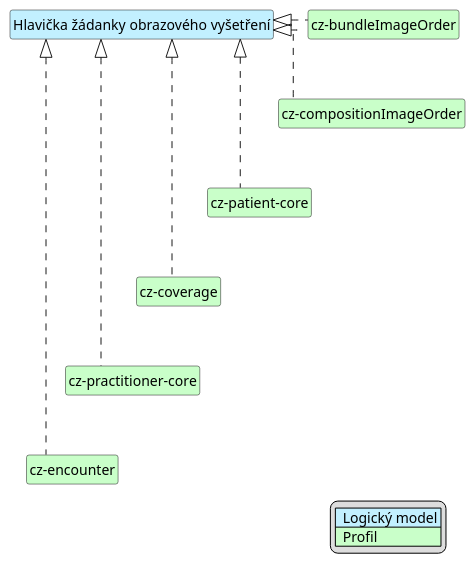
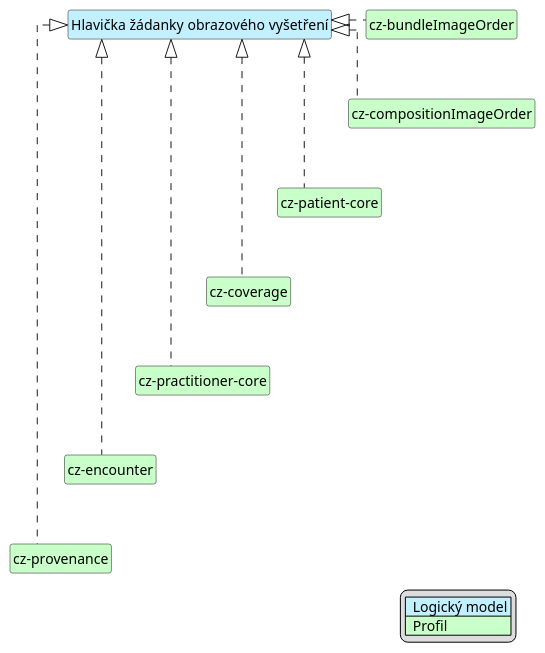
One commit to HL7-cz/img-order changed the diagram in input/images-source/imgOrderHead-map-cs.plantuml. Above: the diagram before and after it, drawn with PlantUML. The commit also changed 4 other files, not shown here.

```diff
--- a/input/images-source/imgOrderHead-map-cs.plantuml
+++ b/input/images-source/imgOrderHead-map-cs.plantuml
@@ -1,44 +1,47 @@
 @startuml
 hide circle
 hide stereotype
 hide members
 hide methods
 skinparam linetype ortho
 skinparam class {
 BackgroundColor<<LogicalModel>> #APPLICATION
 BackgroundColor<<Profile>> #TECHNOLOGY
 }
 legend right
 | <#APPLICATION>  Logický model |
 | <#TECHNOLOGY>  Profil |
 endlegend
 class "Hlavička žádanky obrazového vyšetření" <<LogicalModel>> [[StructureDefinition-HeaderImagingOrder.html]]
 
 /'
 class "Additional Recipient" <<LogicalModel>> [[StructureDefinition-AdditionalRecipientCz.html]]
 class "Author" <<LogicalModel>> [[StructureDefinition-AuthorCz.html]]
 class "Information about coverage" <<LogicalModel>> [[StructureDefinition-CoverageOrderCz.html]]
 class "Document metadata" <<LogicalModel>> [[StructureDefinition-DocumentMetadataCz.html]]
 class "Health insurance and payment information" <<LogicalModel>> [[StructureDefinition-PayerCz.html]]
 class "Requested Performer" <<LogicalModel>> [[StructureDefinition-RequestedPerformerCz.html]]
 class "Identification" <<LogicalModel>> [[StructureDefinition-SubjectCz.html]]
 class "Related contact information of the Patient/subject" <<LogicalModel>> [[StructureDefinition-SubjectCz.html]]
 '/
 class "cz-encounter" <<Profile>> [[https://hl7.cz/fhir/core/StructureDefinition-cz-encounter.html]]
 class "cz-coverage" <<Profile>> [[https://hl7.cz/fhir/core/StructureDefinition-cz-coverage.html]]
 class "cz-patient-core" <<Profile>> [[https://hl7.cz/fhir/core/StructureDefinition-cz-patient-core.html]]
 class "cz-practitioner-core" <<Profile>> [[https://hl7.cz/fhir/core/StructureDefinition-cz-practitioner-core.html]]
 class "cz-bundleImageOrder" <<Profile>> [[StructureDefinition-cz-bundleImageOrder.html]]
+class "cz-provenance" <<Profile>> [[https://hl7.cz/fhir/core/StructureDefinition-cz-provenance.html]]
 class "cz-compositionImageOrder" <<Profile>> [[StructureDefinition-cz-compositionImageOrder.html]]
 "Hlavička žádanky obrazového vyšetření" <|. "cz-compositionImageOrder"
 "Hlavička žádanky obrazového vyšetření" <|. "cz-bundleImageOrder"
+"Hlavička žádanky obrazového vyšetření" <|. "cz-provenance"
 "Hlavička žádanky obrazového vyšetření" <|. "cz-patient-core"
 "Hlavička žádanky obrazového vyšetření" <|. "cz-coverage"
 "Hlavička žádanky obrazového vyšetření" <|. "cz-practitioner-core"
 "Hlavička žádanky obrazového vyšetření" <|. "cz-encounter"
 "cz-bundleImageOrder" -d[hidden]-> "cz-compositionImageOrder"
 "cz-compositionImageOrder" -d[hidden]-> "cz-patient-core"
 "cz-patient-core" -d[hidden]-> "cz-coverage"
 "cz-coverage" -d[hidden]-> "cz-practitioner-core"
 "cz-practitioner-core" -d[hidden]-> "cz-encounter"
+"cz-encounter" -d[hidden]-> "cz-provenance"
 @enduml
```
